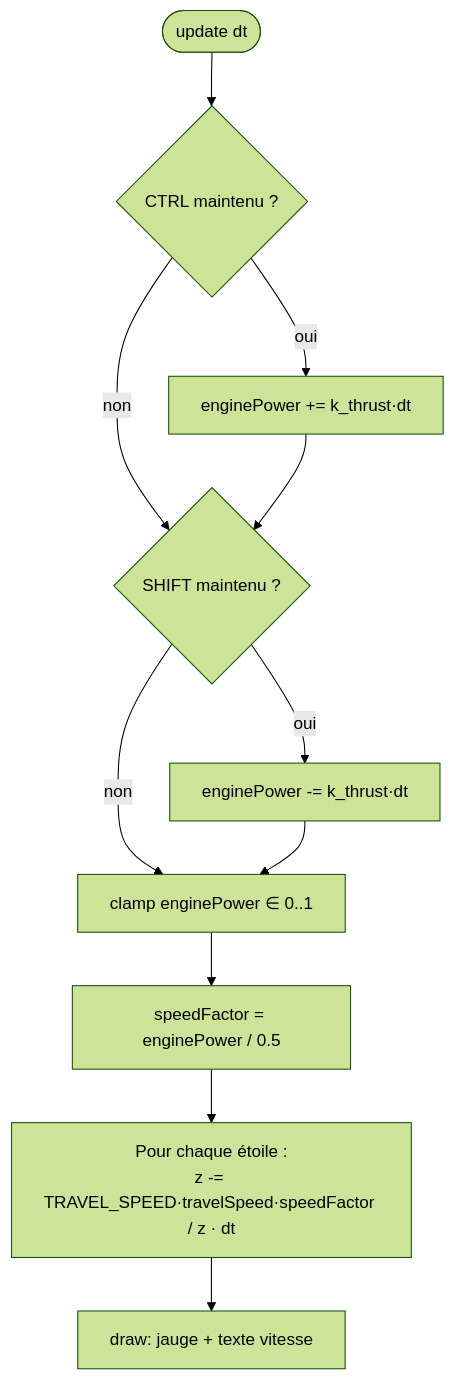
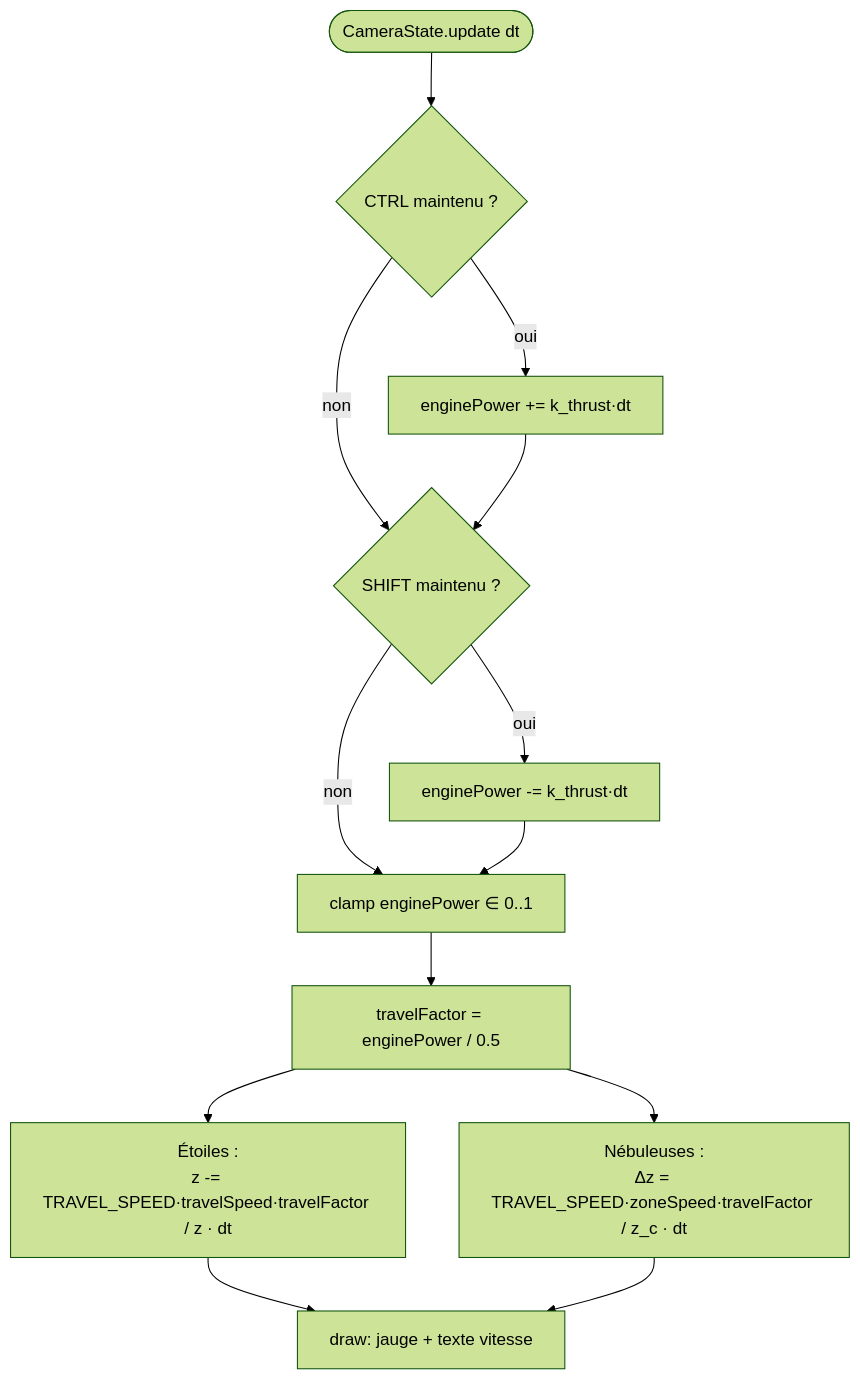
Before and after one commit to mcgivrer/demo001-arm64: the first of 2 diagrams in src/docs/09-thrust-engine.md, drawn with Mermaid (forest theme). The commit also changed other lines of this file and 27 other files, not shown here.

````diff
--- a/src/docs/09-thrust-engine.md
+++ b/src/docs/09-thrust-engine.md
@@ -135,13 +139,15 @@
 ```mermaid
 flowchart TD
-    A([update dt]) --> B{CTRL maintenu ?}
+    A([CameraState.update dt]) --> B{CTRL maintenu ?}
     B -- oui --> C[enginePower += k_thrust·dt]
     B -- non --> D{SHIFT maintenu ?}
     C --> D
     D -- oui --> E[enginePower -= k_thrust·dt]
     D -- non --> F[clamp enginePower ∈ 0..1]
     E --> F
-    F --> G[speedFactor = enginePower / 0.5]
-    G --> H[Pour chaque étoile :\nz -= TRAVEL_SPEED·travelSpeed·speedFactor / z · dt]
+    F --> G[travelFactor = enginePower / 0.5]
+    G --> H[Étoiles :\nz -= TRAVEL_SPEED·travelSpeed·travelFactor / z · dt]
+    G --> J[Nébuleuses :\nΔz = TRAVEL_SPEED·zoneSpeed·travelFactor / z_c · dt]
     H --> I[draw: jauge + texte vitesse]
+    J --> I
 ```
````
